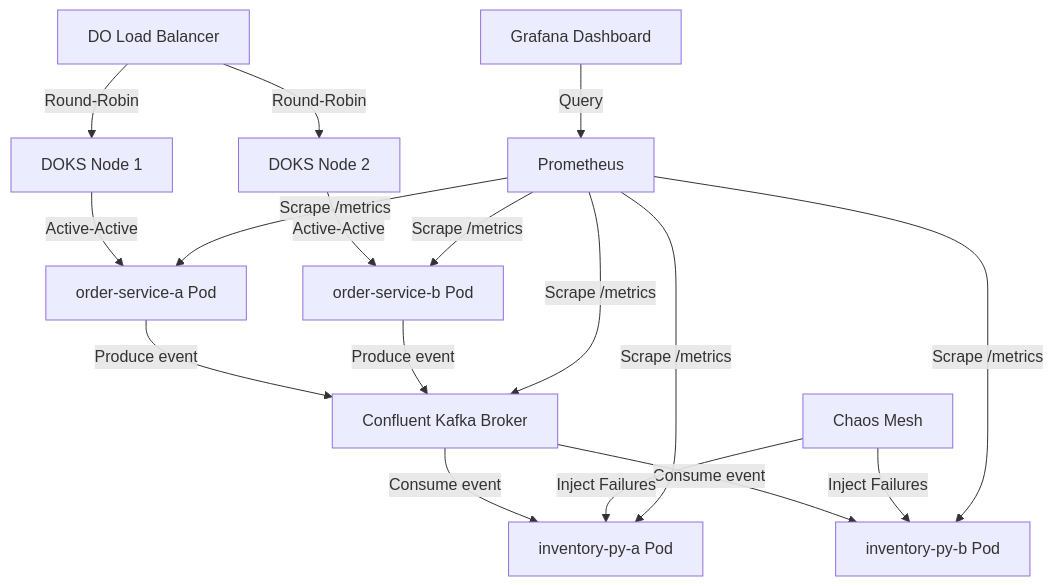
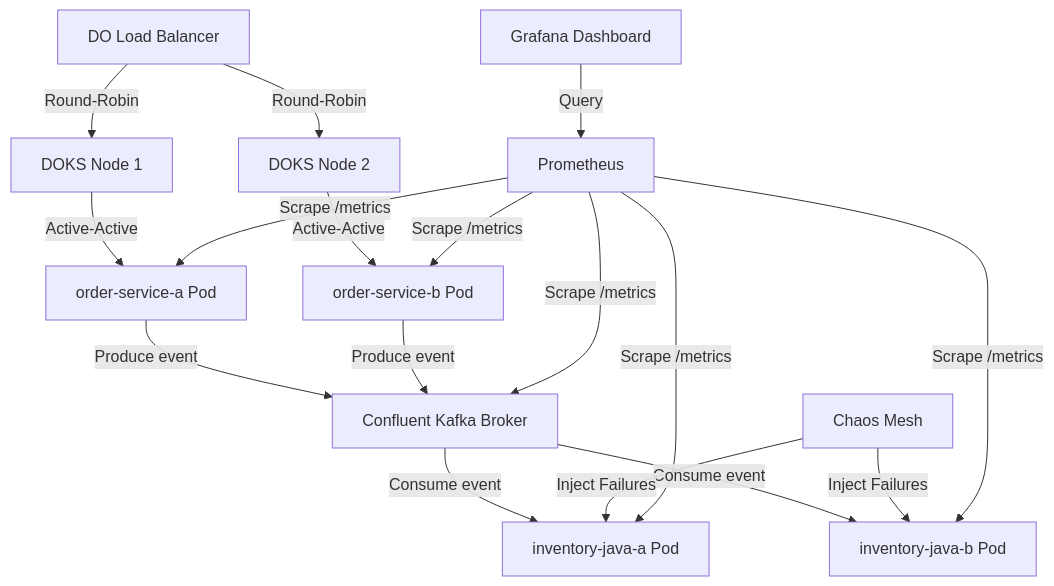
Before and after one commit to alecjvaughn/SRE_Sandbox_ERP: the diagram in PLAN_OVERVIEW.md, drawn with Mermaid. The commit also changed other lines of this file, not shown here.

Commit message:
docs: Update PLAN_OVERVIEW to reflect Java migration completion

````diff
--- a/PLAN_OVERVIEW.md
+++ b/PLAN_OVERVIEW.md
@@ -7,22 +7,22 @@
 ```mermaid
 graph TD
     LB[DO Load Balancer] -->|Round-Robin| Node1[DOKS Node 1]
     LB -->|Round-Robin| Node2[DOKS Node 2]
     Node1 -->|Active-Active| Go1[order-service-a Pod]
     Node2 -->|Active-Active| Go2[order-service-b Pod]
     Go1 -->|Produce event| Kafka[Confluent Kafka Broker]
     Go2 -->|Produce event| Kafka
-    Kafka -->|Consume event| Py1[inventory-py-a Pod]
-    Kafka -->|Consume event| Py2[inventory-py-b Pod]
+    Kafka -->|Consume event| Java1[inventory-java-a Pod]
+    Kafka -->|Consume event| Java2[inventory-java-b Pod]
     
-    Chaos[Chaos Mesh] -->|Inject Failures| Py1
-    Chaos -->|Inject Failures| Py2
+    Chaos[Chaos Mesh] -->|Inject Failures| Java1
+    Chaos -->|Inject Failures| Java2
     
     Prom[Prometheus] -->|Scrape /metrics| Go1
     Prom -->|Scrape /metrics| Go2
-    Prom -->|Scrape /metrics| Py1
-    Prom -->|Scrape /metrics| Py2
+    Prom -->|Scrape /metrics| Java1
+    Prom -->|Scrape /metrics| Java2
     Prom -->|Scrape /metrics| Kafka
     
     Grafana[Grafana Dashboard] -->|Query| Prom
 ```
````
